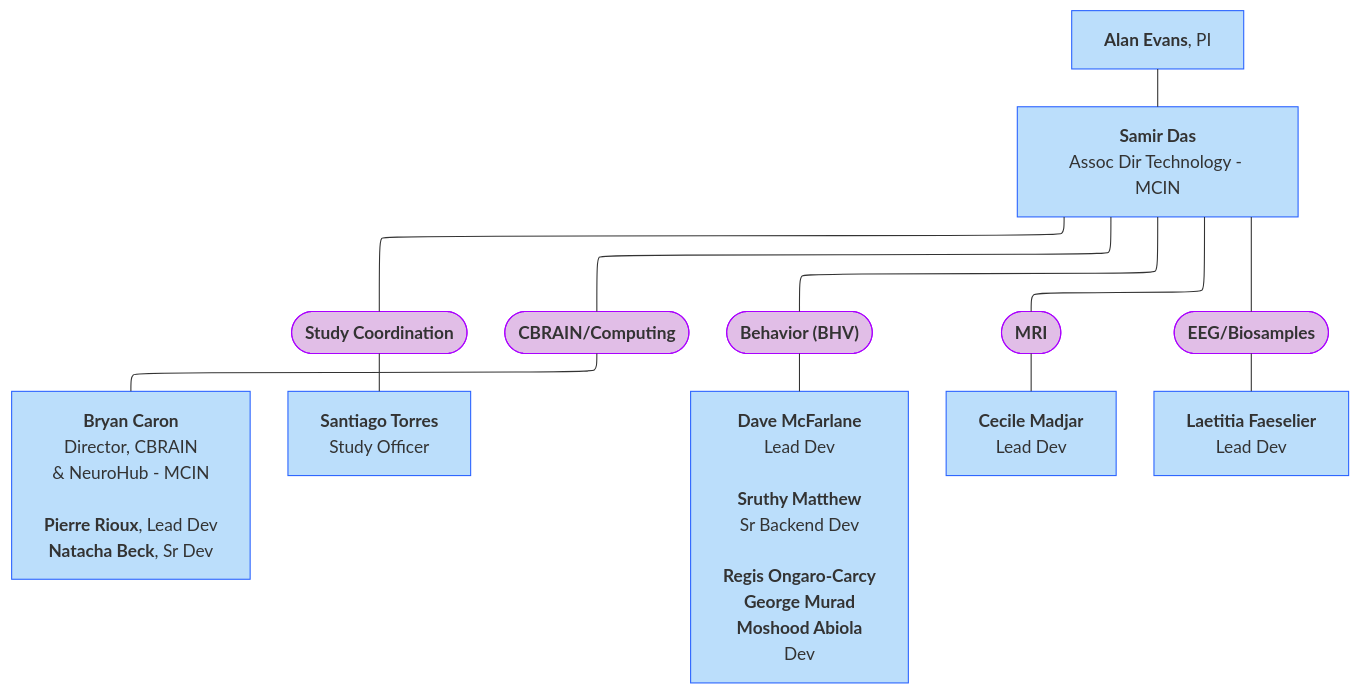
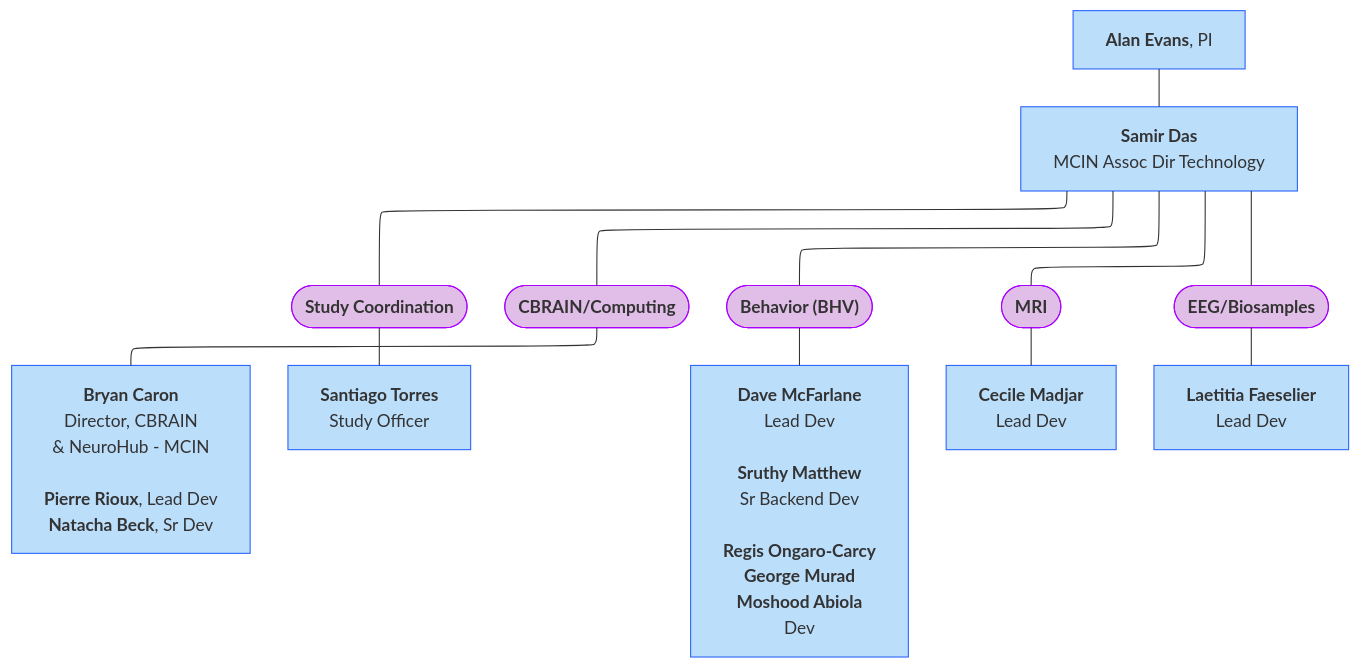
One commit to DCAN-Labs/hbcd-docs-internal changed the second of 9 diagrams in docs/orgcharts.md. Above: the diagram before and after it, drawn with Mermaid. The commit also changed other lines of this file, not shown here.

````diff
--- a/docs/orgcharts.md
+++ b/docs/orgcharts.md
@@ -65,27 +62,27 @@
 ```mermaid
 ---
 config:
   layout: elk
 ---
 flowchart TB
-    A["<b>Alan Evans</b>, PI"] --- nl["<b>Samir Das</b><br>Assoc Dir Technology - MCIN"]
+    A["<b>Alan Evans</b>, PI"] --- nl["<b>Samir Das</b><br>MCIN Assoc Dir Technology"]
     nl --- n9(["<b>Study Coordination</b>"]) & C(["<b>CBRAIN/Computing</b>"])
     C --- n12["<b>Bryan Caron</b><br>Director, CBRAIN<br>&amp; NeuroHub - MCIN<br><br><b>Pierre Rioux</b>, Lead Dev<br><b>Natacha Beck</b>, Sr Dev"]
     n9 --- E["<b>Santiago Torres</b><br>Study Officer"]
     F(["<b>Behavior (BHV)</b>"]) --- I["<b>Dave McFarlane</b><br>Lead Dev<br><br><b>Sruthy Matthew</b><br>Sr Backend Dev<br><br><b>Regis Ongaro-Carcy<br>George Murad<br>Moshood Abiola</b><br>Dev"]
     G(["<b>MRI</b>"]) --- L["<b>Cecile Madjar</b><br>Lead Dev"]
     H(["<b>EEG/Biosamples</b>"]) --- M["<b>Laetitia Faeselier</b><br>Lead Dev"]
     nl --- G & H & F
     style A stroke:#2962FF,fill:#BBDEFB
     style nl stroke:#2962FF,fill:#BBDEFB
     style n9 stroke:#AA00FF,fill:#E1BEE7
     style C stroke:#AA00FF,fill:#E1BEE7
     style n12 stroke:#2962FF,fill:#BBDEFB
     style E stroke:#2962FF,fill:#BBDEFB
     style F stroke:#AA00FF,fill:#E1BEE7
     style I stroke:#2962FF,fill:#BBDEFB
     style G stroke:#AA00FF,fill:#E1BEE7
     style L stroke:#2962FF,fill:#BBDEFB
     style H stroke:#AA00FF,fill:#E1BEE7
     style M stroke:#2962FF,fill:#BBDEFB
 ```
````
